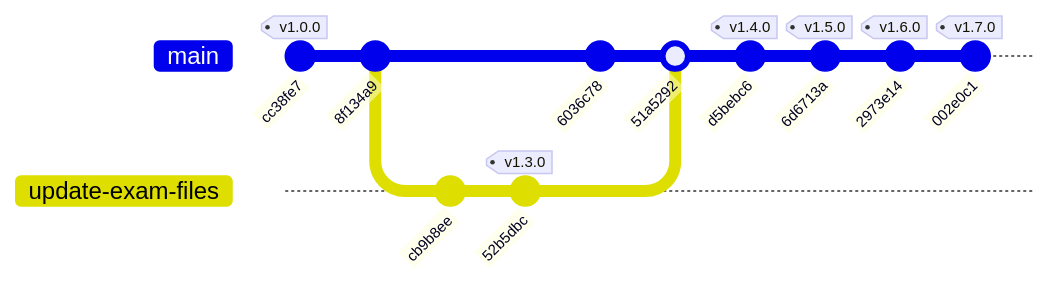
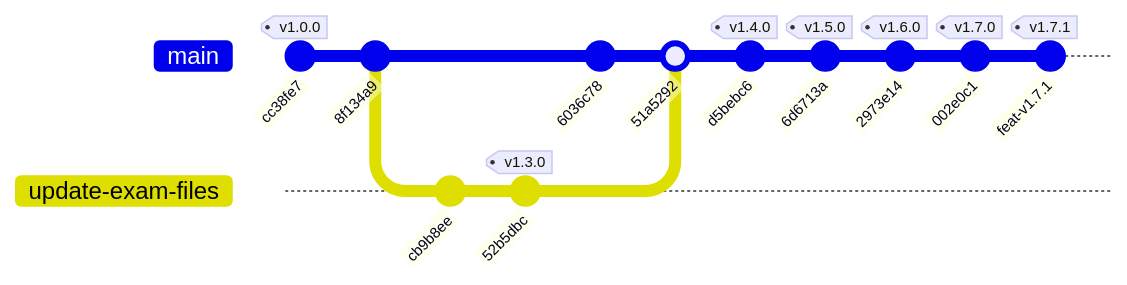
One commit to renart00001-ux/exam-web changed the diagram in README.md. Above: the diagram before and after it, drawn with Mermaid. The commit also changed other lines of this file and 1 other file, not shown here.

Commit message:
feat: restrict version timeline expansion to admin and add negative keywords (v1.7.1)

````diff
--- a/README.md
+++ b/README.md
@@ -40,16 +40,17 @@
 ```mermaid
 gitGraph
     commit id: "cc38fe7" tag: "v1.0.0"
     commit id: "8f134a9"
     branch update-exam-files
     checkout update-exam-files
     commit id: "cb9b8ee"
     commit id: "52b5dbc" tag: "v1.3.0"
     checkout main
     commit id: "6036c78"
     merge update-exam-files id: "51a5292"
     commit id: "d5bebc6" tag: "v1.4.0"
     commit id: "6d6713a" tag: "v1.5.0"
     commit id: "2973e14" tag: "v1.6.0"
     commit id: "002e0c1" tag: "v1.7.0"
+    commit id: "feat-v1.7.1" tag: "v1.7.1"
 ```
````
